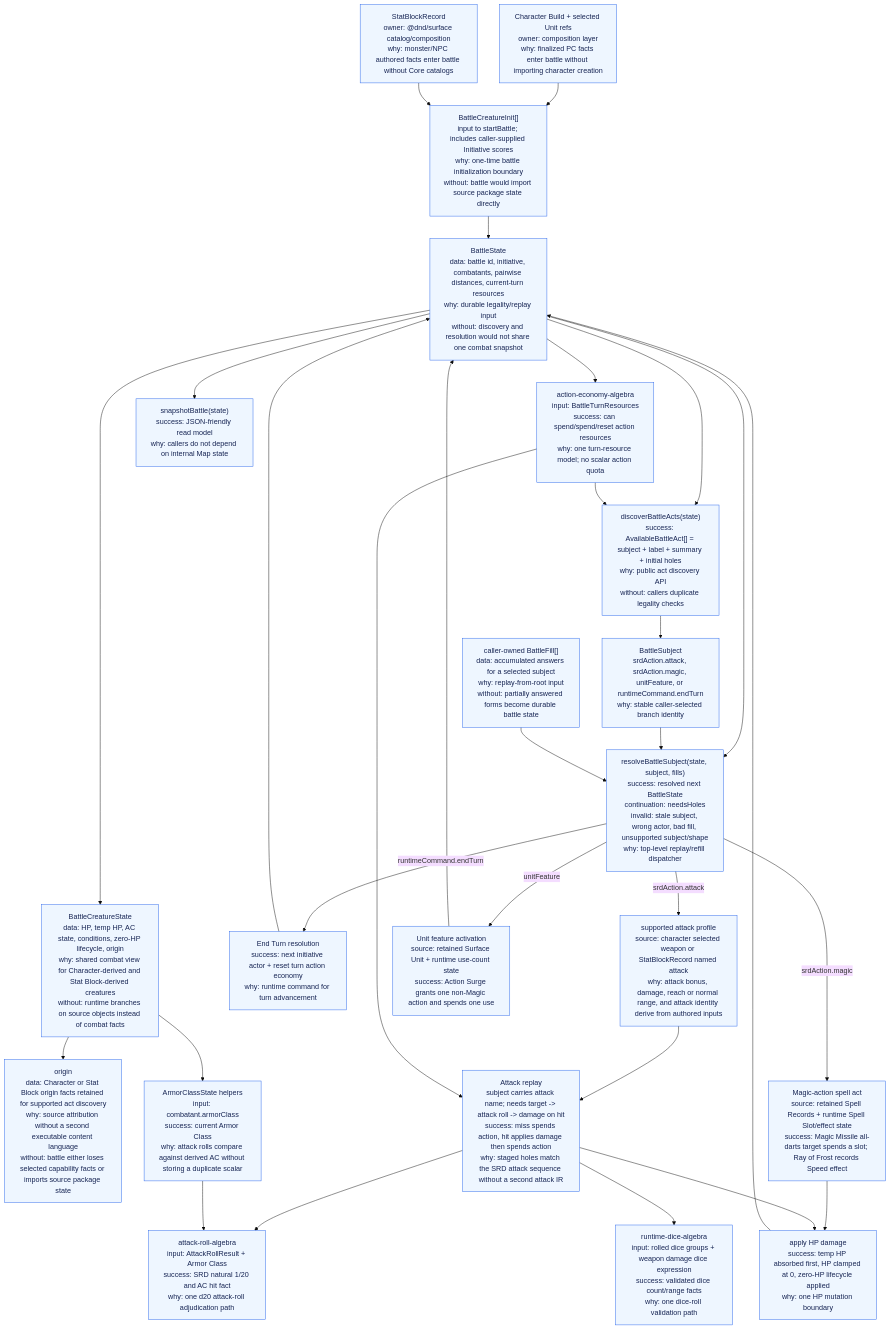
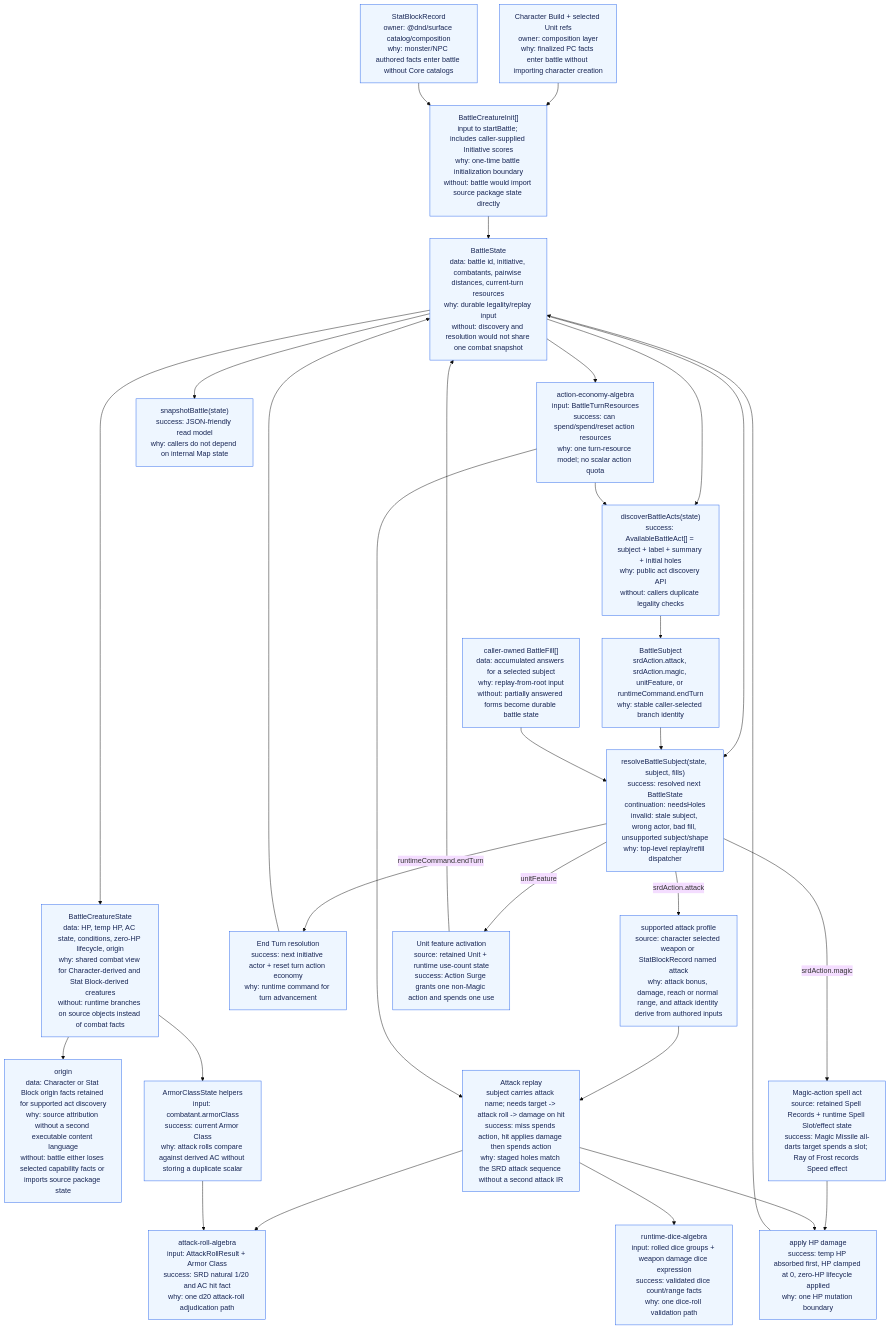
The first of 2 diagrams in packages/battle-runtime/ARCHITECTURE_GRAPH.md (dearlordylord/5e-quint), drawn with Mermaid (base theme) before and after one commit. The commit also changed other lines of this file and 46 other files, not shown here.

````diff
--- a/packages/battle-runtime/ARCHITECTURE_GRAPH.md
+++ b/packages/battle-runtime/ARCHITECTURE_GRAPH.md
@@ -13,49 +13,49 @@
 ```mermaid
 flowchart TD
   CharacterBuild["Character Build + selected Unit refs<br/>owner: composition layer<br/>why: finalized PC facts enter battle without importing character creation"]
   StatBlock["StatBlockRecord<br/>owner: @dnd/surface catalog/composition<br/>why: monster/NPC authored facts enter battle without Core catalogs"]
   Init["BattleCreatureInit[]<br/>input to startBattle; includes caller-supplied Initiative scores<br/>why: one-time battle initialization boundary<br/>without: battle would import source package state directly"]
   State["BattleState<br/>data: battle id, initiative, combatants, pairwise distances, current-turn resources<br/>why: durable legality/replay input<br/>without: discovery and resolution would not share one combat snapshot"]
   Creature["BattleCreatureState<br/>data: HP, temp HP, AC state, conditions, zero-HP lifecycle, origin<br/>why: shared combat view for Character-derived and Stat Block-derived creatures<br/>without: runtime branches on source objects instead of combat facts"]
   Origin["origin<br/>data: Character or Stat Block origin facts retained for supported act discovery<br/>why: source attribution without a second executable content language<br/>without: battle either loses selected capability facts or imports source package state"]
   ArmorClass["ArmorClassState helpers<br/>input: combatant.armorClass<br/>success: current Armor Class<br/>why: attack rolls compare against derived AC without storing a duplicate scalar"]
   ActionEconomy["action-economy-algebra<br/>input: BattleTurnResources<br/>success: can spend/spend/reset action resources<br/>why: one turn-resource model; no scalar action quota"]
   AttackRoll["attack-roll-algebra<br/>input: AttackRollResult + Armor Class<br/>success: SRD natural 1/20 and AC hit fact<br/>why: one d20 attack-roll adjudication path"]
   RuntimeDice["runtime-dice-algebra<br/>input: rolled dice groups + weapon damage dice expression<br/>success: validated dice count/range facts<br/>why: one dice-roll validation path"]
   Discover["discoverBattleActs(state)<br/>success: AvailableBattleAct[] = subject + label + summary + initial holes<br/>why: public act discovery API<br/>without: callers duplicate legality checks"]
   Subject["BattleSubject<br/>srdAction.attack, srdAction.magic, unitFeature, or runtimeCommand.endTurn<br/>why: stable caller-selected branch identity"]
   FillSession["caller-owned BattleFill[]<br/>data: accumulated answers for a selected subject<br/>why: replay-from-root input<br/>without: partially answered forms become durable battle state"]
   Resolve["resolveBattleSubject(state, subject, fills)<br/>success: resolved next BattleState<br/>continuation: needsHoles<br/>invalid: stale subject, wrong actor, bad fill, unsupported subject/shape<br/>why: top-level replay/refill dispatcher"]
   EndTurn["End Turn resolution<br/>success: next initiative actor + reset turn action economy<br/>why: runtime command for turn advancement"]
   AttackProfile["supported attack profile<br/>source: character selected weapon or StatBlockRecord named attack<br/>why: attack bonus, damage, reach or normal range, and attack identity derive from authored inputs"]
-  UnitFeature["Unit feature activation<br/>source: retained Surface Unit + runtime use-count state<br/>success: Action Surge grants one non-Magic action and spends one use"]
+  UnitFeature["Unit feature activation<br/>source: retained Unit + runtime use-count state<br/>success: Action Surge grants one non-Magic action and spends one use"]
   SpellAct["Magic-action spell act<br/>source: retained Spell Records + runtime Spell Slot/effect state<br/>success: Magic Missile all-darts target spends a slot; Ray of Frost records Speed effect"]
   AttackReplay["Attack replay<br/>subject carries attack name; needs target -> attack roll -> damage on hit<br/>success: miss spends action, hit applies damage then spends action<br/>why: staged holes match the SRD attack sequence without a second attack IR"]
   Damage["apply HP damage<br/>success: temp HP absorbed first, HP clamped at 0, zero-HP lifecycle applied<br/>why: one HP mutation boundary"]
   Snapshot["snapshotBattle(state)<br/>success: JSON-friendly read model<br/>why: callers do not depend on internal Map state"]
 
   CharacterBuild --> Init
   StatBlock --> Init
   Init --> State --> Creature
   Creature --> Origin
   Creature --> ArmorClass
   State --> ActionEconomy
   State --> Discover --> Subject
   State --> Snapshot
   State --> Resolve
   Subject --> Resolve
   FillSession --> Resolve
   Resolve -->|runtimeCommand.endTurn| EndTurn --> State
   Resolve -->|srdAction.attack| AttackProfile --> AttackReplay
   Resolve -->|unitFeature| UnitFeature --> State
   Resolve -->|srdAction.magic| SpellAct --> Damage
   AttackReplay --> AttackRoll
   AttackReplay --> RuntimeDice
   AttackReplay --> Damage --> State
   ArmorClass --> AttackRoll
   ActionEconomy --> Discover
   ActionEconomy --> AttackReplay
 
   classDef implemented fill:#eef6ff,stroke:#2563eb,color:#172554;
   class CharacterBuild,StatBlock,Init,State,Creature,Origin,ArmorClass,ActionEconomy,AttackRoll,RuntimeDice,Discover,Subject,FillSession,Resolve,EndTurn,AttackProfile,AttackReplay,UnitFeature,SpellAct,Damage,Snapshot implemented;
 ```
````
